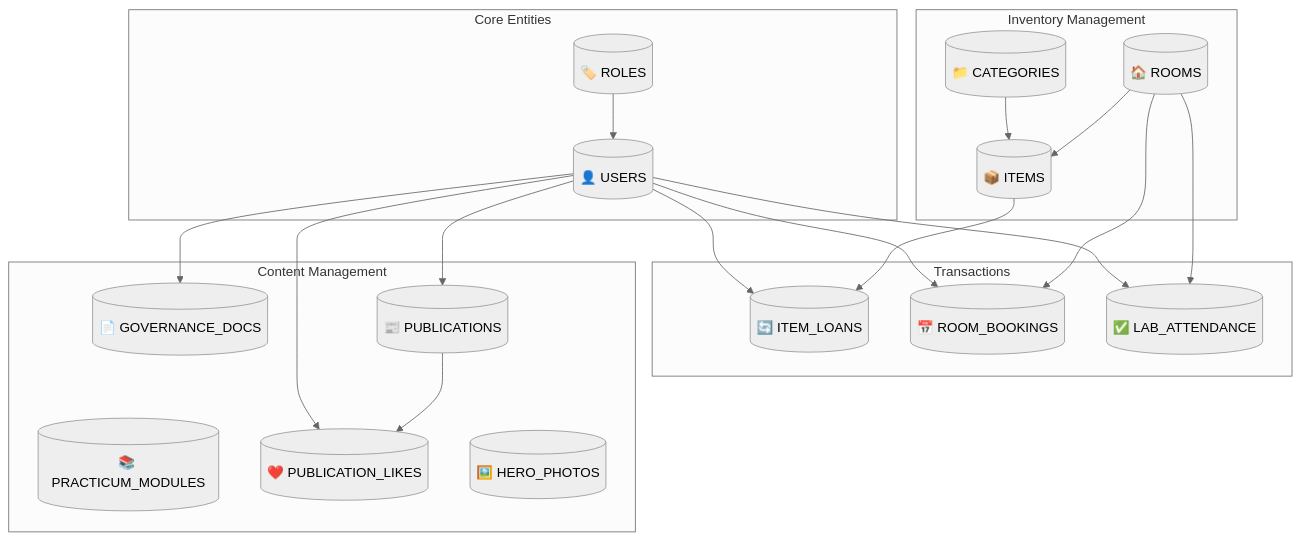
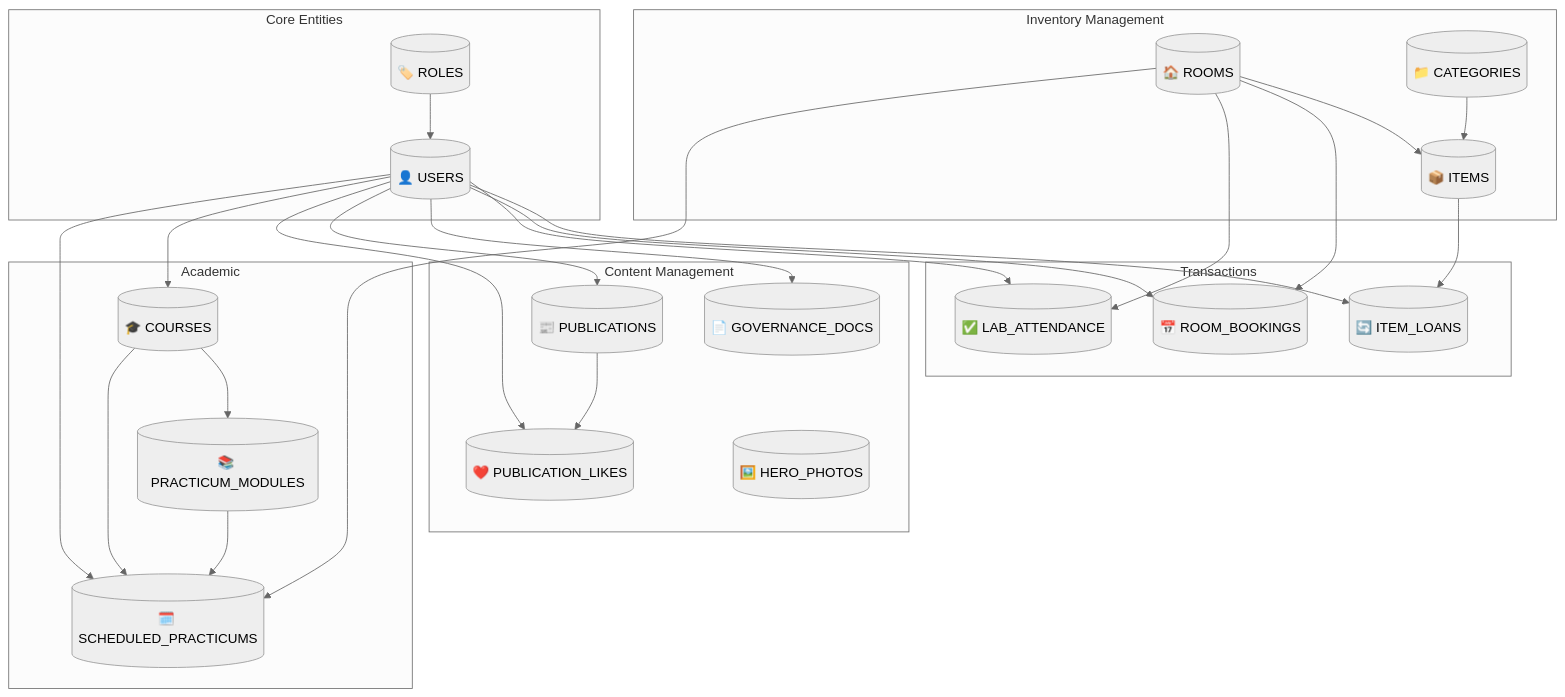
One commit to akhdanyafi/lab_uai_from_asyraf changed the second of 18 diagrams in docs/backend/BACKEND.md. Above: the diagram before and after it, drawn with Mermaid (neutral theme). The commit also changed other lines of this file and 1 other file, not shown here.

````diff
--- a/docs/backend/BACKEND.md
+++ b/docs/backend/BACKEND.md
@@ -246,44 +300,55 @@
 ```mermaid
 graph TB
     subgraph "Core Entities"
         USERS[("👤 USERS")]
         ROLES[("🏷️ ROLES")]
     end
     
     subgraph "Inventory Management"
         ROOMS[("🏠 ROOMS")]
         ITEMS[("📦 ITEMS")]
         CATEGORIES[("📁 CATEGORIES")]
     end
     
     subgraph "Transactions"
         LOANS[("🔄 ITEM_LOANS")]
         BOOKINGS[("📅 ROOM_BOOKINGS")]
         ATTENDANCE[("✅ LAB_ATTENDANCE")]
     end
     
+    subgraph "Academic"
+        COURSES[("🎓 COURSES")]
+        MODULES[("📚 PRACTICUM_MODULES")]
+        SCHEDULES[("🗓️ SCHEDULED_PRACTICUMS")]
+    end
+    
     subgraph "Content Management"
-        MODULES[("📚 PRACTICUM_MODULES")]
         DOCS[("📄 GOVERNANCE_DOCS")]
         PUBS[("📰 PUBLICATIONS")]
         LIKES[("❤️ PUBLICATION_LIKES")]
         HERO[("🖼️ HERO_PHOTOS")]
     end
     
     ROLES --> USERS
     
     USERS --> LOANS
     USERS --> BOOKINGS
     USERS --> ATTENDANCE
     USERS --> DOCS
     USERS --> PUBS
     USERS --> LIKES
+    USERS --> COURSES
+    USERS --> SCHEDULES
     
     CATEGORIES --> ITEMS
     ROOMS --> ITEMS
     ROOMS --> BOOKINGS
     ROOMS --> ATTENDANCE
+    ROOMS --> SCHEDULES
     
     ITEMS --> LOANS
     PUBS --> LIKES
+    COURSES --> MODULES
+    COURSES --> SCHEDULES
+    MODULES --> SCHEDULES
 ```
````
